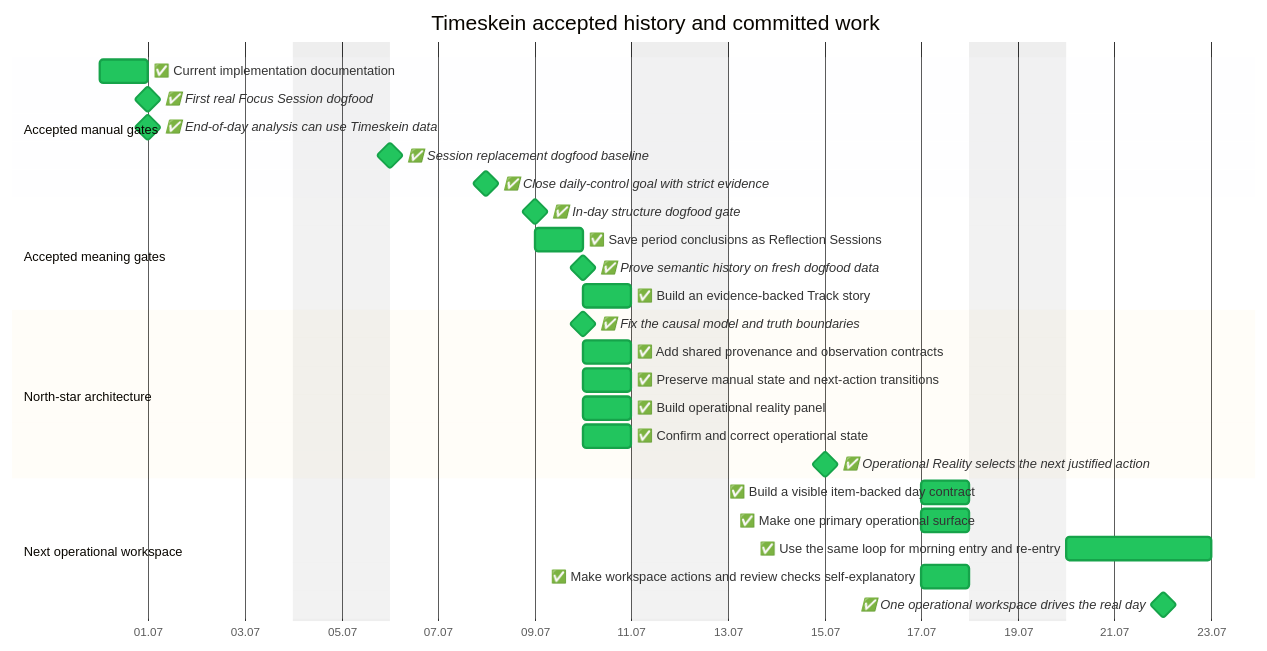
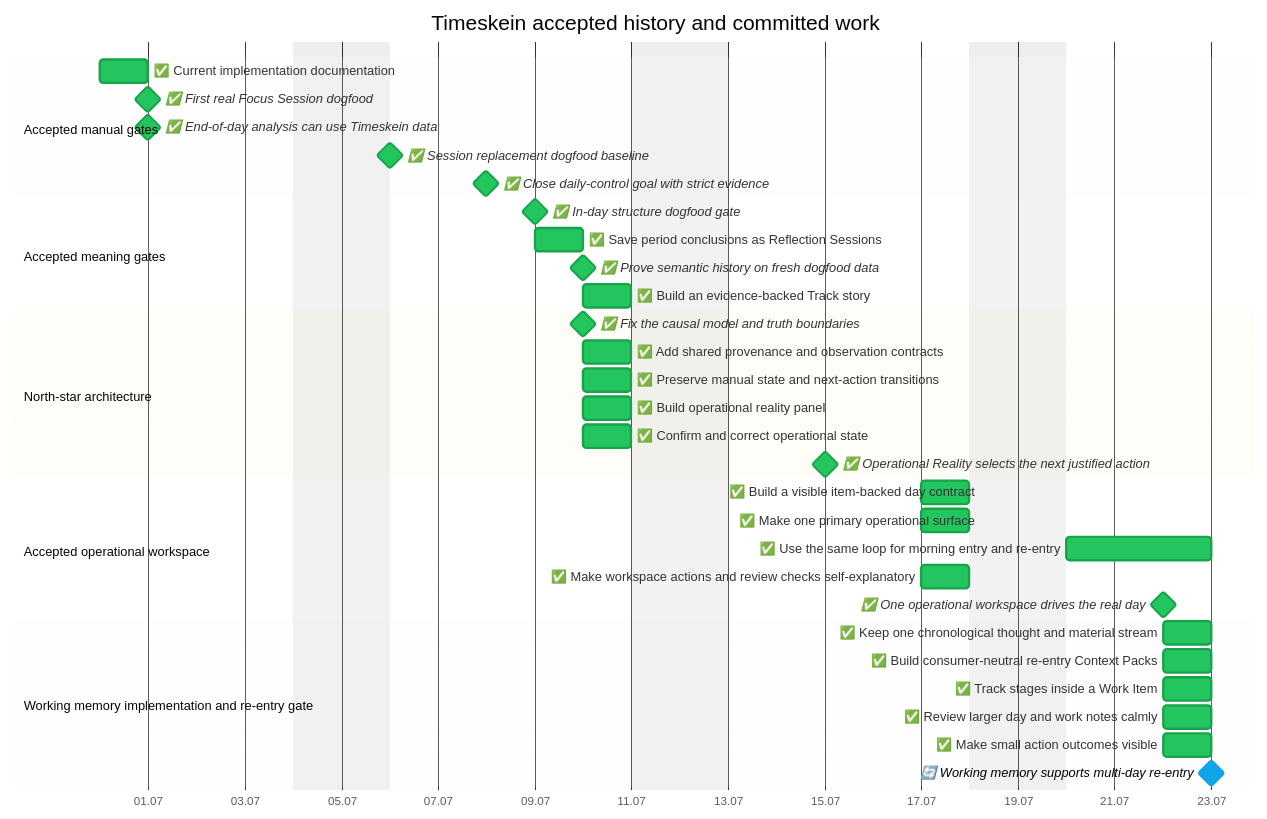
The second of 2 diagrams in docs/roadmap/opskarta.md (asukhodko/timeskein), drawn with Mermaid before and after one commit. The commit also changed other lines of this file and 12 other files, not shown here.

Commit message:
docs: prepare working memory acceptance

````diff
--- a/docs/roadmap/opskarta.md
+++ b/docs/roadmap/opskarta.md
@@ -189,34 +184,41 @@
 ```mermaid
 %%{init: {"theme": "base", "themeVariables": {"taskBkgColor": "#9ca3af", "taskBorderColor": "#4b5563", "taskTextColor": "#000000", "taskTextDarkColor": "#000000", "taskTextLightColor": "#000000", "activeTaskBkgColor": "#0ea5e9", "activeTaskBorderColor": "#0ea5e9", "doneTaskBkgColor": "#22c55e", "doneTaskBorderColor": "#16a34a", "critBkgColor": "#fecaca", "critBorderColor": "#fecaca", "todayLineColor": "#ef4444"}} }%%
 
 gantt
     title Timeskein accepted history and committed work
     dateFormat YYYY-MM-DD
     axisFormat %d.%m
     excludes weekends
 
     section Accepted manual gates
     ✅ Current implementation documentation  :done, ts_baseline_docs,    2026-06-30, 1d
     ✅ First real Focus Session dogfood  :milestone, done, ts_focus_core_dogfood_gate,    2026-07-01, 0d
     ✅ End-of-day analysis can use Timeskein data  :milestone, done, ts_day_review_analysis_gate,    2026-07-01, 0d
     ✅ Session replacement dogfood baseline  :milestone, done, ts_hardening_dogfood_release,    2026-07-06, 0d
     ✅ Close daily-control goal with strict evidence  :milestone, done, ts_daily_control_goal_check,    2026-07-08, 0d
     section Accepted meaning gates
     ✅ In-day structure dogfood gate  :milestone, done, ts_in_day_structure_dogfood_gate,    2026-07-09, 0d
     ✅ Save period conclusions as Reflection Sessions  :done, ts_periodic_reflection_reflection_sessions,    2026-07-09, 1d
     ✅ Prove semantic history on fresh dogfood data  :milestone, done, ts_periodic_reflection_semantic_dogfood_gate,    2026-07-10, 0d
     ✅ Build an evidence-backed Track story  :done, ts_periodic_reflection_context_links,    2026-07-10, 1d
     section North-star architecture
     ✅ Fix the causal model and truth boundaries  :milestone, done, ts_causal_memory_architecture_gate,    2026-07-10, 0d
     ✅ Add shared provenance and observation contracts  :done, ts_causal_memory_provenance_contract,    2026-07-10, 1d
     ✅ Preserve manual state and next-action transitions  :done, ts_causal_memory_transition_history,    2026-07-10, 1d
     ✅ Build operational reality panel  :done, ts_periodic_reflection_operational_reality,    2026-07-10, 1d
     ✅ Confirm and correct operational state  :done, ts_steering_manual_correction,    2026-07-10, 1d
     ✅ Operational Reality selects the next justified action  :milestone, done, ts_steering_operational_reality_gate,    2026-07-15, 0d
-    section Next operational workspace
+    section Accepted operational workspace
     ✅ Build a visible item-backed day contract  :done, ts_steering_workspace_day_contract,    2026-07-17, 1d
     ✅ Make one primary operational surface  :done, ts_steering_workspace_primary_surface,    2026-07-17, 1d
     ✅ Use the same loop for morning entry and re-entry  :done, ts_steering_workspace_reentry,    2026-07-20, 3d
     ✅ Make workspace actions and review checks self-explanatory  :done, ts_steering_workspace_explainability,    2026-07-17, 1d
     ✅ One operational workspace drives the real day  :milestone, done, ts_steering_workspace_gate,    2026-07-22, 0d
+    section Working memory implementation and re-entry gate
+    ✅ Keep one chronological thought and material stream  :done, ts_causal_memory_working_memory_stream,    2026-07-22, 1d
+    ✅ Build consumer-neutral re-entry Context Packs  :done, ts_causal_memory_context_pack_v1,    2026-07-22, 1d
+    ✅ Track stages inside a Work Item  :done, ts_in_day_structure_work_item_stages,    2026-07-22, 1d
+    ✅ Review larger day and work notes calmly  :done, ts_in_day_structure_rich_note_review,    2026-07-22, 1d
+    ✅ Make small action outcomes visible  :done, ts_in_day_structure_visible_causality,    2026-07-22, 1d
+    🔄 Working memory supports multi-day re-entry  :milestone, active, ts_causal_memory_working_memory_gate,    2026-07-23, 0d
 ```
````
